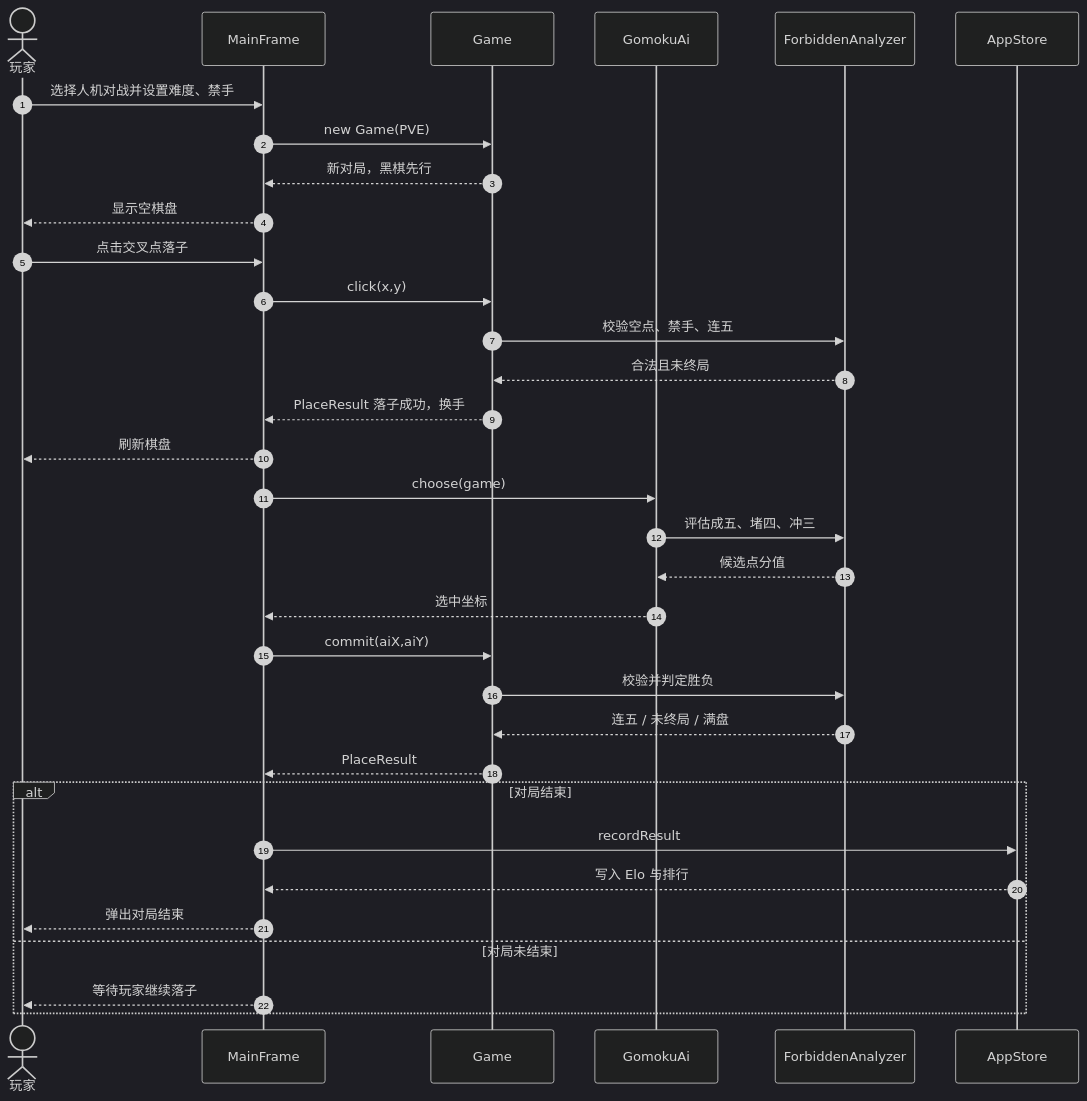
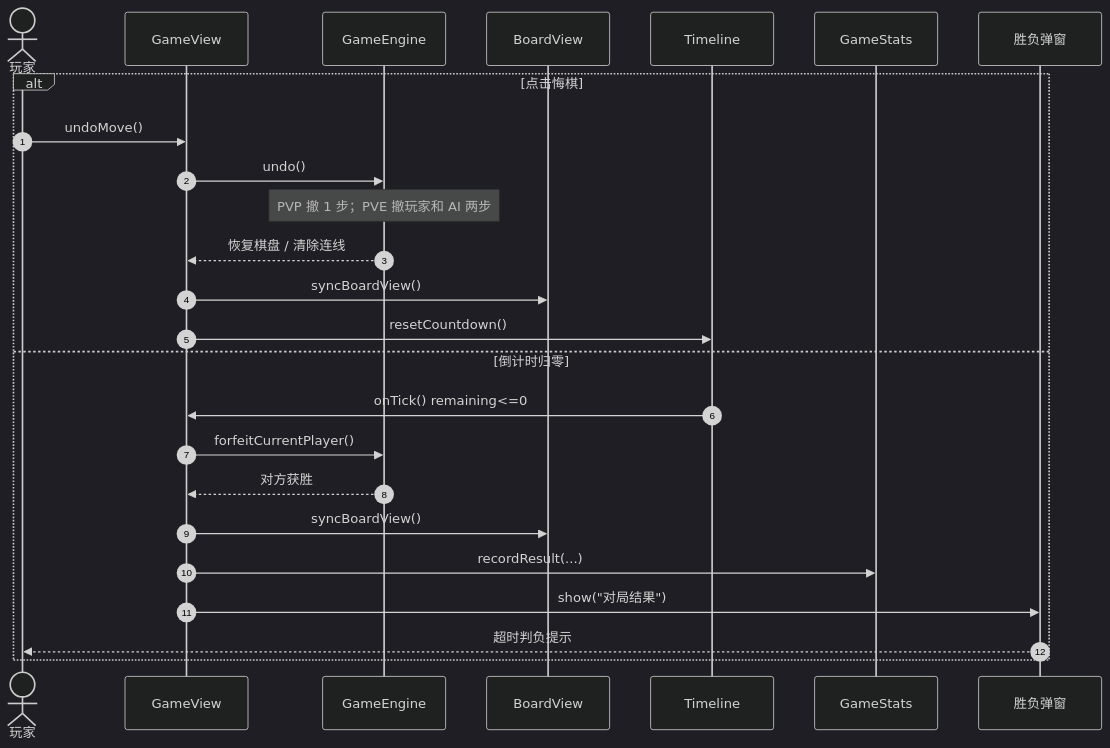
Before and after one commit to HYL926HHH/-: the third of 3 diagrams in docs/时序图.md, drawn with Mermaid (dark theme). The commit also changed other lines of this file and 11 other files, not shown here.

First line of the commit message:
Draw startup, place-and-win, and undo/timeout sequence diagrams.

````diff
--- a/docs/时序图.md
+++ b/docs/时序图.md
@@ -66,39 +93,28 @@
 ```mermaid
 sequenceDiagram
     autonumber
-    actor P as 玩家
-    participant UI as MainFrame
-    participant Game
-    participant AI as GomokuAi
-    participant Rules as ForbiddenAnalyzer
-    participant Store as AppStore
+    actor User as 玩家
+    participant View as GameView
+    participant Engine as GameEngine
+    participant BoardUI as BoardView
+    participant Clock as Timeline
+    participant Stats as GameStats
+    participant Alert as 胜负弹窗
 
-    P->>UI: 选择人机对战并设置难度、禁手
-    UI->>Game: new Game(PVE)
-    Game-->>UI: 新对局，黑棋先行
-    UI-->>P: 显示空棋盘
-
-    P->>UI: 点击交叉点落子
-    UI->>Game: click(x,y)
-    Game->>Rules: 校验空点、禁手、连五
-    Rules-->>Game: 合法且未终局
-    Game-->>UI: PlaceResult 落子成功，换手
-    UI-->>P: 刷新棋盘
-
-    UI->>AI: choose(game)
-    AI->>Rules: 评估成五、堵四、冲三
-    Rules-->>AI: 候选点分值
-    AI-->>UI: 选中坐标
-    UI->>Game: commit(aiX,aiY)
-    Game->>Rules: 校验并判定胜负
-    Rules-->>Game: 连五 / 未终局 / 满盘
-    Game-->>UI: PlaceResult
-
-    alt 对局结束
-        UI->>Store: recordResult
-        Store-->>UI: 写入 Elo 与排行
-        UI-->>P: 弹出对局结束
-    else 对局未结束
-        UI-->>P: 等待玩家继续落子
+    alt 点击悔棋
+        User->>View: undoMove()
+        View->>Engine: undo()
+        Note over Engine: PVP 撤 1 步；PVE 撤玩家和 AI 两步
+        Engine-->>View: 恢复棋盘 / 清除连线
+        View->>BoardUI: syncBoardView()
+        View->>Clock: resetCountdown()
+    else 倒计时归零
+        Clock->>View: onTick() remaining<=0
+        View->>Engine: forfeitCurrentPlayer()
+        Engine-->>View: 对方获胜
+        View->>BoardUI: syncBoardView()
+        View->>Stats: recordResult(...)
+        View->>Alert: show("对局结果")
+        Alert-->>User: 超时判负提示
     end
 ```
````
